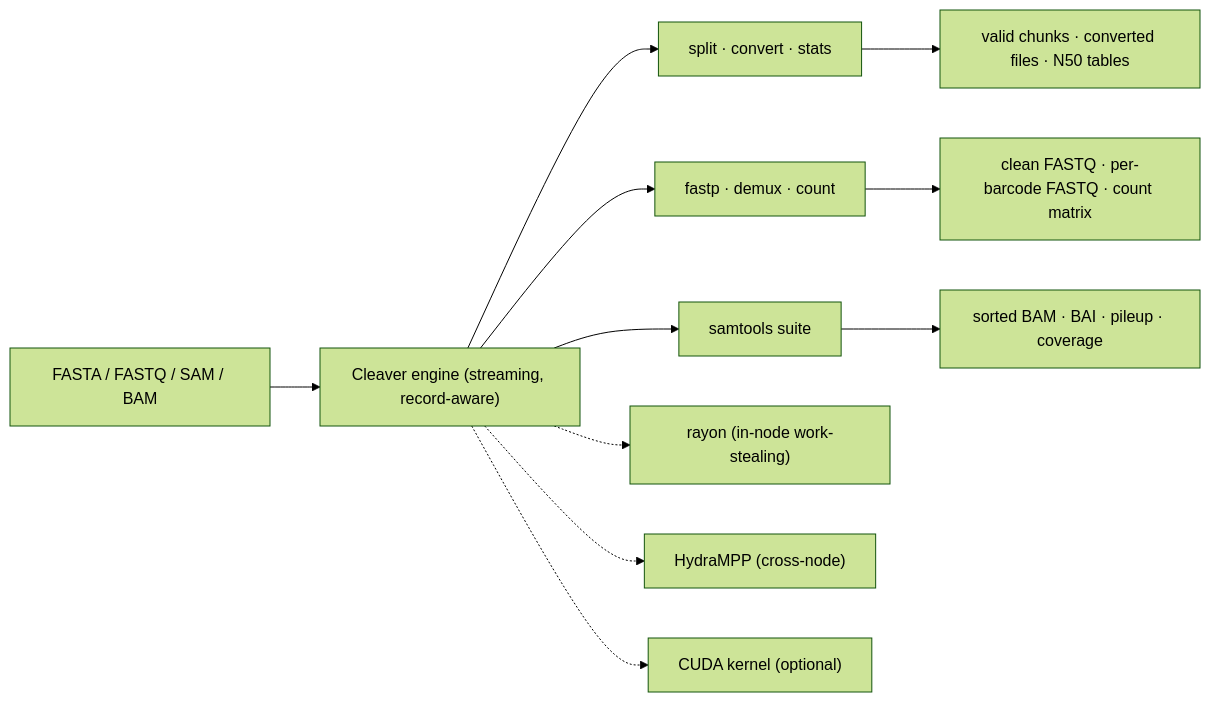
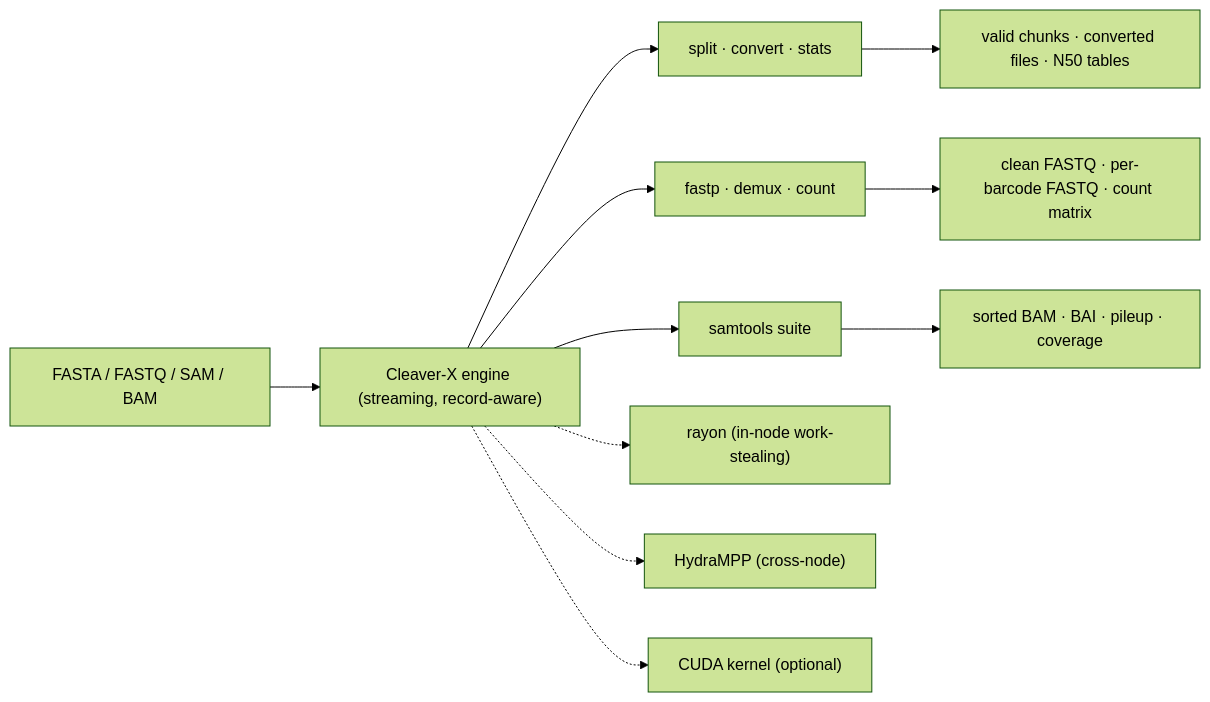
The first of 2 diagrams in README.md (raw-lab/cleaver-x), drawn with Mermaid (forest theme) before and after one commit. The commit also changed other lines of this file and 10 other files, not shown here.

````diff
--- a/README.md
+++ b/README.md
@@ -113,13 +125,13 @@
 ```mermaid
 flowchart LR
-    A["FASTA / FASTQ / SAM / BAM"] --> B["Cleaver engine (streaming, record-aware)"]
+    A["FASTA / FASTQ / SAM / BAM"] --> B["Cleaver-X engine (streaming, record-aware)"]
     B --> C["split · convert · stats"]
     B --> D["fastp · demux · count"]
     B --> E["samtools suite"]
     C --> F["valid chunks · converted files · N50 tables"]
     D --> G["clean FASTQ · per-barcode FASTQ · count matrix"]
     E --> H["sorted BAM · BAI · pileup · coverage"]
     B -.-> I["rayon (in-node work-stealing)"]
     B -.-> J["HydraMPP (cross-node)"]
     B -.-> K["CUDA kernel (optional)"]
 ```
````
